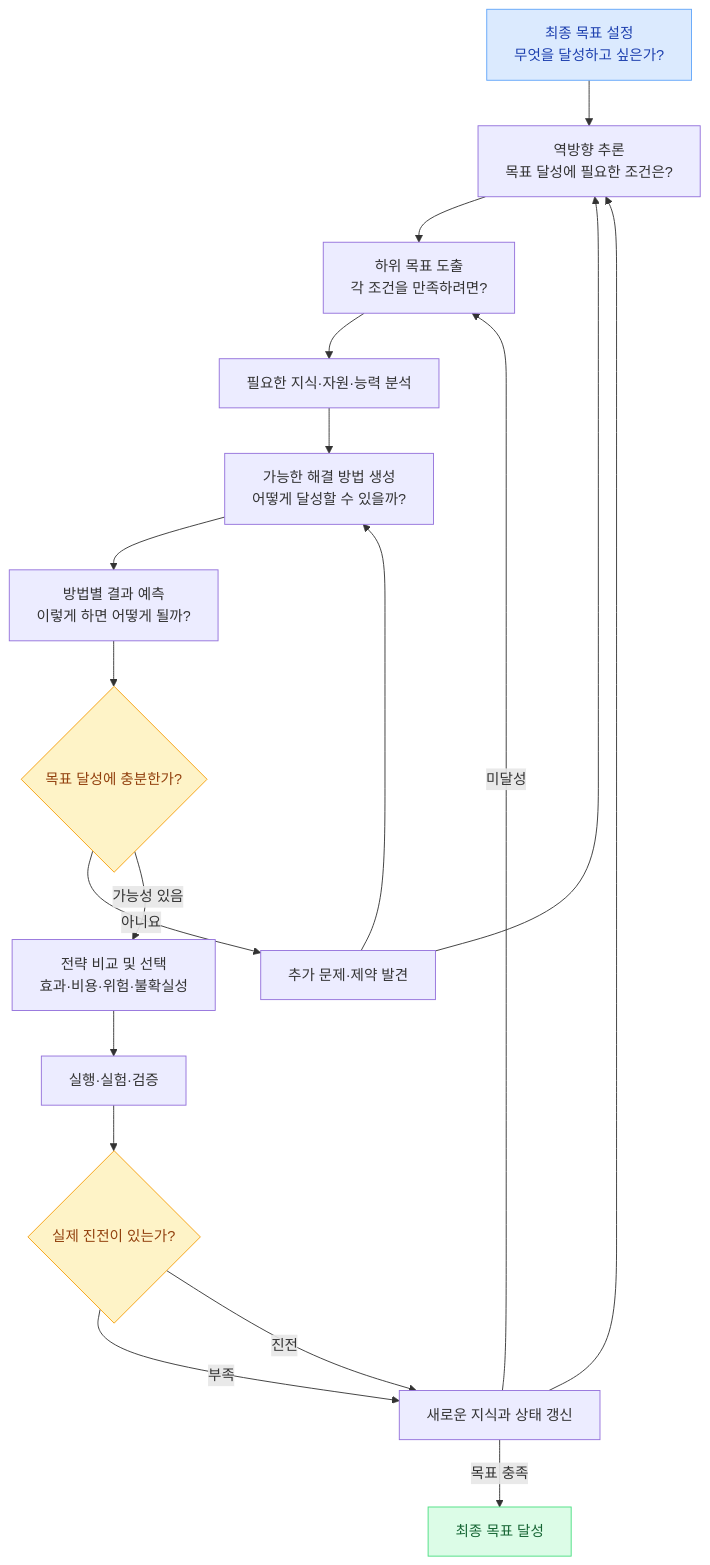
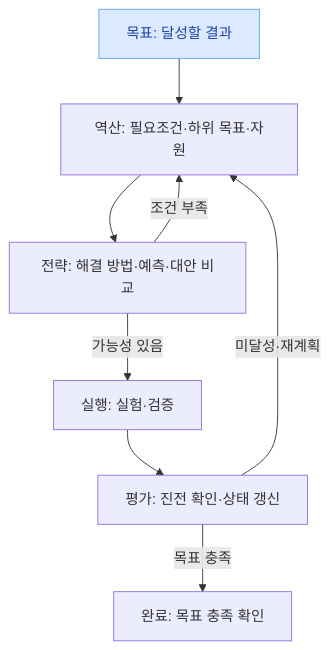
The sixth of 8 diagrams in docs/SPECIFICATION.md (Rmayana/frontier-research-harness), drawn with Mermaid before and after one commit. The commit also changed other lines of this file, not shown here.

````diff
--- a/docs/SPECIFICATION.md
+++ b/docs/SPECIFICATION.md
@@ -293,31 +258,17 @@
 ```mermaid
 flowchart TD
-    A["최종 목표 설정<br/>무엇을 달성하고 싶은가?"]
-    B["역방향 추론<br/>목표 달성에 필요한 조건은?"]
-    C["하위 목표 도출<br/>각 조건을 만족하려면?"]
-    D["필요한 지식·자원·능력 분석"]
-    E["가능한 해결 방법 생성<br/>어떻게 달성할 수 있을까?"]
-    F["방법별 결과 예측<br/>이렇게 하면 어떻게 될까?"]
-    G{"목표 달성에 충분한가?"}
-    H["추가 문제·제약 발견"]
-    I["전략 비교 및 선택<br/>효과·비용·위험·불확실성"]
-    J["실행·실험·검증"]
-    K{"실제 진전이 있는가?"}
-    L["새로운 지식과 상태 갱신"]
-    M["최종 목표 달성"]
+    A["목표: 달성할 결과"]
+    B["역산: 필요조건·하위 목표·자원"]
+    C["전략: 해결 방법·예측·대안 비교"]
+    D["실행: 실험·검증"]
+    E["평가: 진전 확인·상태 갱신"]
+    F["완료: 목표 충족 확인"]
 
-    A --> B --> C --> D --> E --> F --> G
-    G -->|"아니요"| H
-    H --> B
-    H --> E
-    G -->|"가능성 있음"| I --> J --> K
-    K -->|"부족"| L --> B
-    K -->|"진전"| L
-    L -->|"미달성"| C
-    L -->|"목표 충족"| M
+    A --> B --> C
+    C -->|"조건 부족"| B
+    C -->|"가능성 있음"| D --> E
+    E -->|"미달성·재계획"| B
+    E -->|"목표 충족"| F
 
     style A fill:#dbeafe,color:#1e40af,stroke:#60a5fa
-    style G fill:#fef3c7,color:#92400e,stroke:#f59e0b
-    style K fill:#fef3c7,color:#92400e,stroke:#f59e0b
-    style M fill:#dcfce7,color:#166534,stroke:#4ade80
 ```
````
